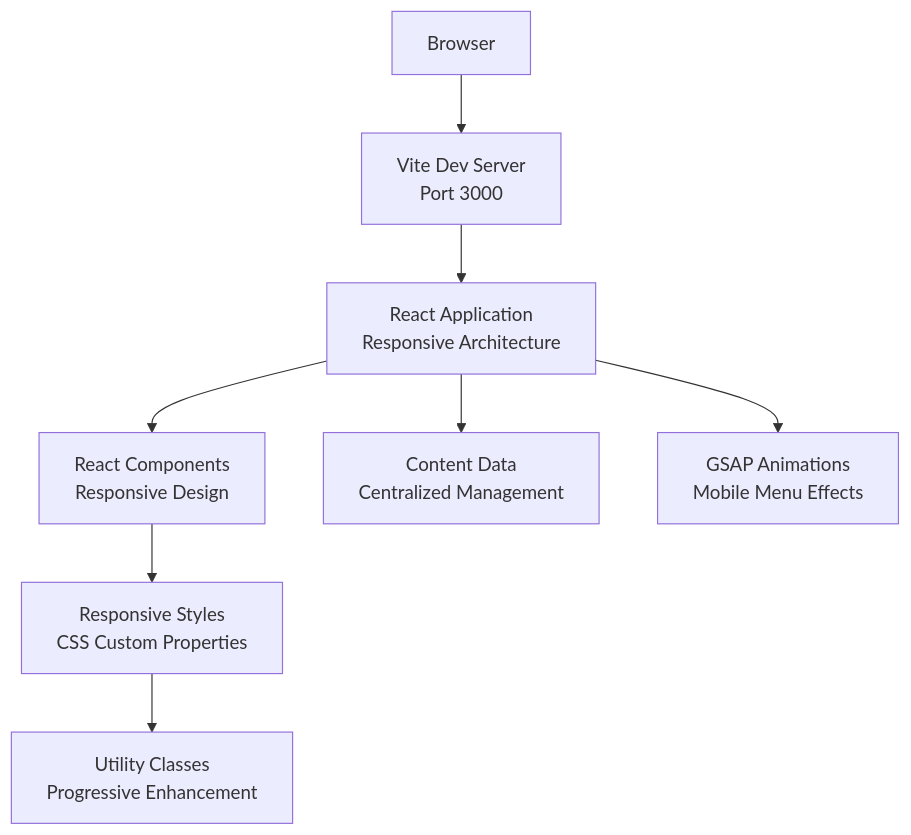
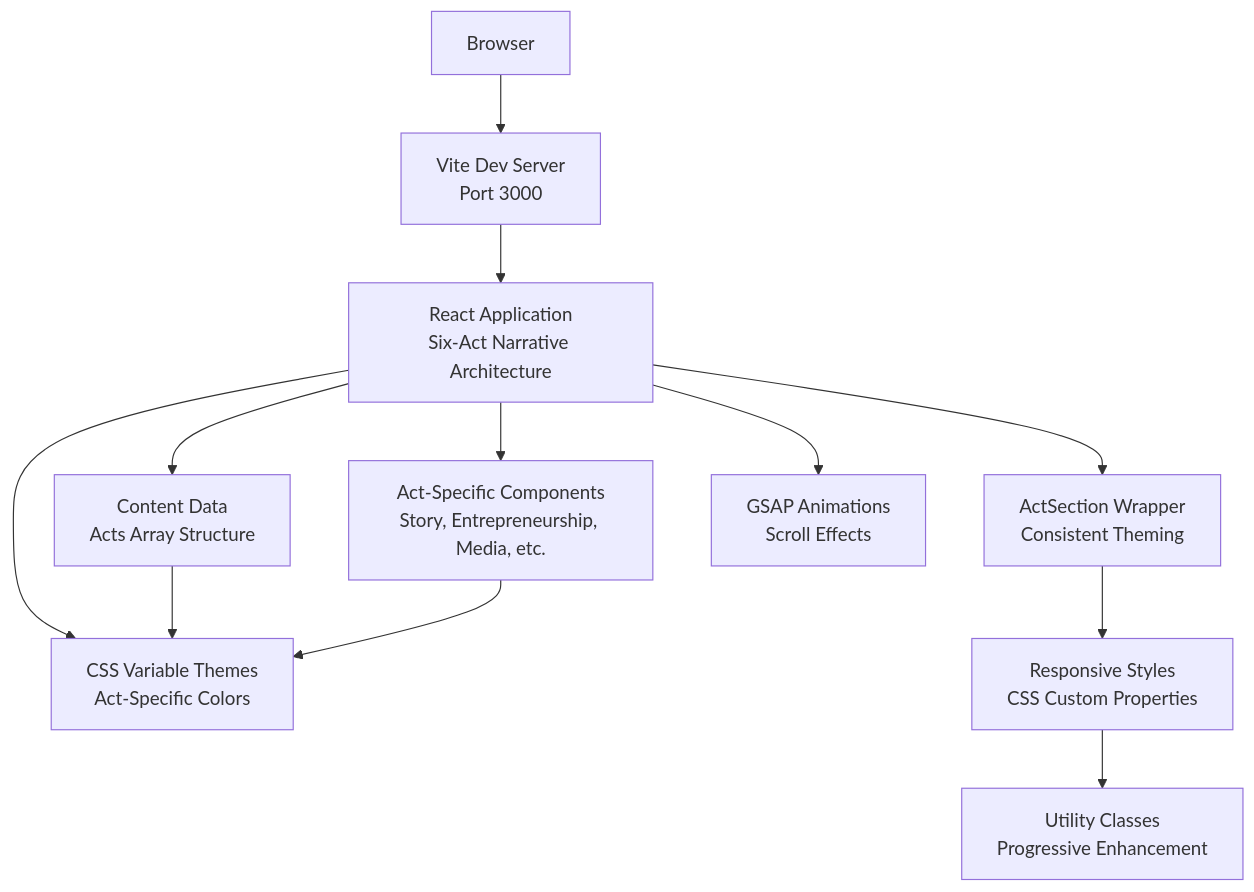
The second of 12 diagrams in .qoder/repowiki/en/content/Application Architecture.md (rakeshmaity271/frankie-picasso), drawn with Mermaid before and after one commit. The commit also changed other lines of this file and 18 other files, not shown here.

````diff
--- a/.qoder/repowiki/en/content/Application Architecture.md
+++ b/.qoder/repowiki/en/content/Application Architecture.md
@@ -150,18 +216,24 @@
 ```mermaid
 graph TB
 Browser["Browser"]
 ViteDev["Vite Dev Server<br/>Port 3000"]
-ReactApp["React Application<br/>Responsive Architecture"]
-Components["React Components<br/>Responsive Design"]
-Content["Content Data<br/>Centralized Management"]
-Animations["GSAP Animations<br/>Mobile Menu Effects"]
+ReactApp["React Application<br/>Six-Act Narrative Architecture"]
+ActSection["ActSection Wrapper<br/>Consistent Theming"]
+Content["Content Data<br/>Acts Array Structure"]
+Themes["CSS Variable Themes<br/>Act-Specific Colors"]
+Components["Act-Specific Components<br/>Story, Entrepreneurship, Media, etc."]
+Animations["GSAP Animations<br/>Scroll Effects"]
 Styles["Responsive Styles<br/>CSS Custom Properties"]
 Utilities["Utility Classes<br/>Progressive Enhancement"]
 Browser --> ViteDev
 ViteDev --> ReactApp
+ReactApp --> ActSection
+ReactApp --> Content
+ReactApp --> Themes
 ReactApp --> Components
-ReactApp --> Content
 ReactApp --> Animations
-Components --> Styles
+ActSection --> Styles
 Styles --> Utilities
+Content --> Themes
+Components --> Themes
 ```
````
